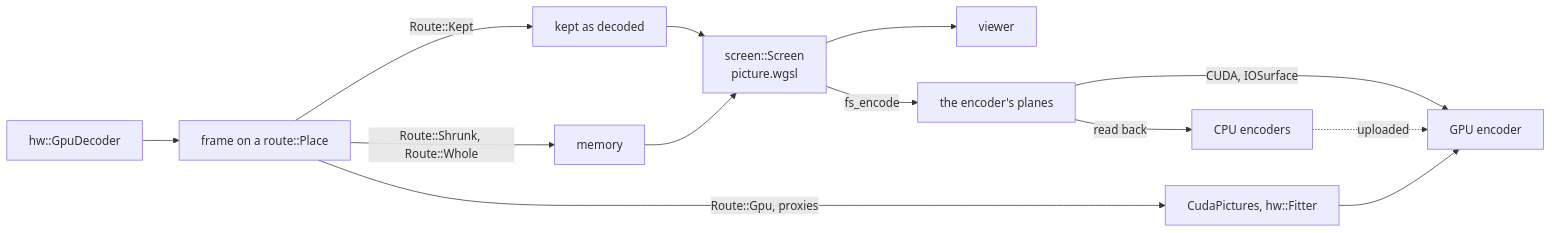
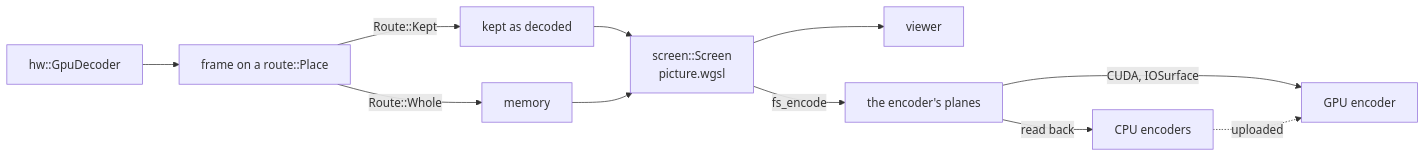
One commit to oittaa/vidcut changed the diagram in docs/design/gpu.md. Above: the diagram before and after it, drawn with Mermaid. The commit also changed other lines of this file and 35 other files, not shown here.

````diff
--- a/docs/design/gpu.md
+++ b/docs/design/gpu.md
@@ -8,15 +8,13 @@
 ```mermaid
 flowchart LR
   dec["hw::GpuDecoder"] --> frame["frame on a route::Place"]
   frame -->|"Route::Kept"| kept["kept as decoded"]
-  frame -->|"Route::Shrunk, Route::Whole"| mem["memory"]
+  frame -->|"Route::Whole"| mem["memory"]
   kept --> screen["screen::Screen<br>picture.wgsl"]
   mem --> screen
   screen --> shown["viewer"]
   screen -->|"fs_encode"| planes["the encoder's planes"]
   planes -->|"CUDA, IOSurface"| genc["GPU encoder"]
   planes -->|"read back"| cpu["CPU encoders"]
   cpu -.->|"uploaded"| genc
-  frame -->|"Route::Gpu, proxies"| fitted["CudaPictures, hw::Fitter"]
-  fitted --> genc
 ```
````
